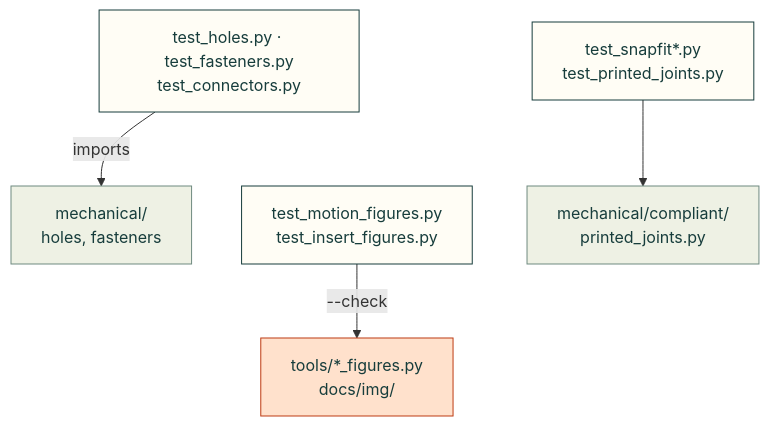
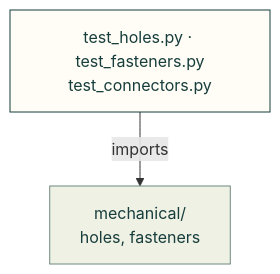
One commit to Valpatel/cad-agent changed the first of 3 diagrams in tests/mechanical/README.md. Above: the diagram before and after it, drawn with Mermaid. The commit also changed other lines of this file and 26 other files, not shown here.

Commit message:
docs(repo): make published folder diagrams readable across screen sizes

````diff
--- a/tests/mechanical/README.md
+++ b/tests/mechanical/README.md
@@ -8,13 +10,11 @@
 ```mermaid
 flowchart TD
-    H["test_holes.py · test_fasteners.py<br/>test_connectors.py"] -->|"imports"| M["mechanical/<br/>holes, fasteners"]
-    S["test_snapfit*.py<br/>test_printed_joints.py"] --> C["mechanical/compliant/<br/>printed_joints.py"]
-    F["test_motion_figures.py<br/>test_insert_figures.py"] -->|"--check"| T["tools/*_figures.py<br/>docs/img/"]
-    H ~~~ F
+    H["test_holes.py · test_fasteners.py<br/>test_connectors.py"]
+    M["mechanical/<br/>holes, fasteners"]
+    H -->|"imports"| M
     classDef here fill:#fffdf5,stroke:#173d3c,color:#173d3c
     classDef near fill:#eef1e4,stroke:#6f8a80,color:#173d3c
     classDef out fill:#ffe1cc,stroke:#bd3a12,color:#173d3c
-    class H,S,F here
-    class M,C near
-    class T out
+    class H here
+    class M near
 ```
````
